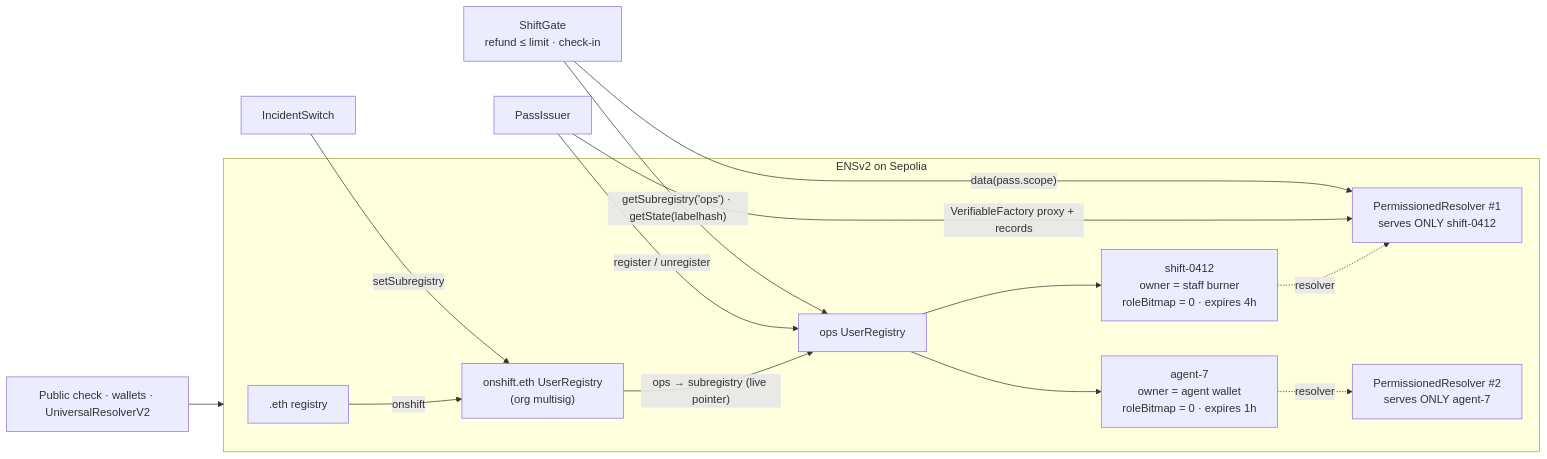
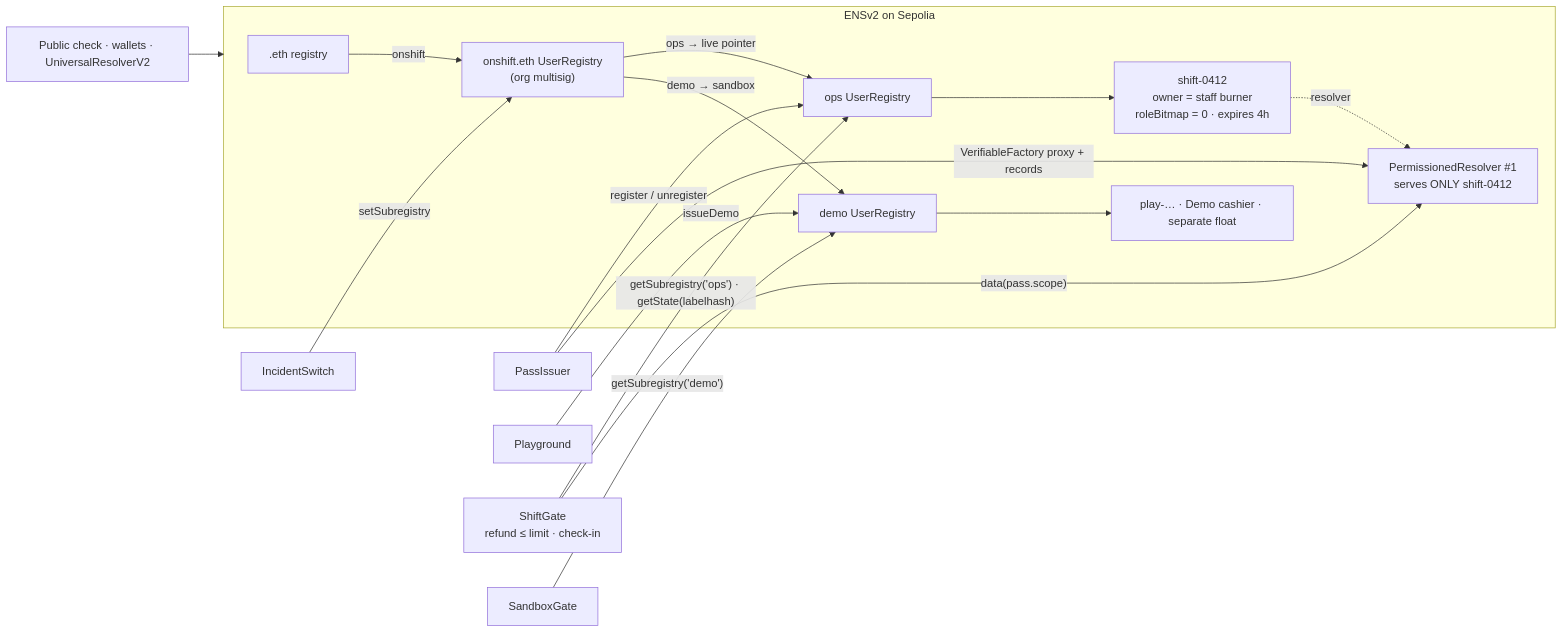
The diagram in README.md (devhb1/on-shift), drawn with Mermaid before and after one commit. The commit also changed other lines of this file and 7 other files, not shown here.

````diff
--- a/README.md
+++ b/README.md
@@ -103,17 +108,19 @@
 ```mermaid
 flowchart LR
     subgraph ENS["ENSv2 on Sepolia"]
       ETH[".eth registry"] -->|onshift| P["onshift.eth UserRegistry<br/>(org multisig)"]
-      P -->|"ops → subregistry (live pointer)"| OPS["ops UserRegistry"]
+      P -->|"ops → live pointer"| OPS["ops UserRegistry"]
+      P -->|"demo → sandbox"| DEMO["demo UserRegistry"]
       OPS --> S1["shift-0412<br/>owner = staff burner<br/>roleBitmap = 0 · expires 4h"]
-      OPS --> S2["agent-7<br/>owner = agent wallet<br/>roleBitmap = 0 · expires 1h"]
+      DEMO --> P1["play-… · Demo cashier · separate float"]
       S1 -.resolver.-> R1["PermissionedResolver #1<br/>serves ONLY shift-0412"]
-      S2 -.resolver.-> R2["PermissionedResolver #2<br/>serves ONLY agent-7"]
     end
     ISS["PassIssuer"] -->|register / unregister| OPS
+    PG["Playground"] -->|issueDemo| DEMO
     ISS -->|"VerifiableFactory proxy + records"| R1
     GATE["ShiftGate<br/>refund ≤ limit · check-in"] -->|"getSubregistry('ops') · getState(labelhash)"| OPS
+    SG["SandboxGate"] -->|"getSubregistry('demo')"| DEMO
     GATE -->|"data(pass.scope)"| R1
     SW["IncidentSwitch"] -->|setSubregistry| P
     V["Public check · wallets · UniversalResolverV2"] --> ENS
 ```
````
